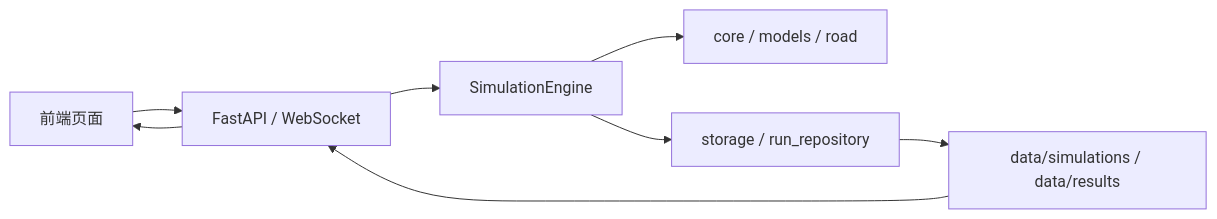
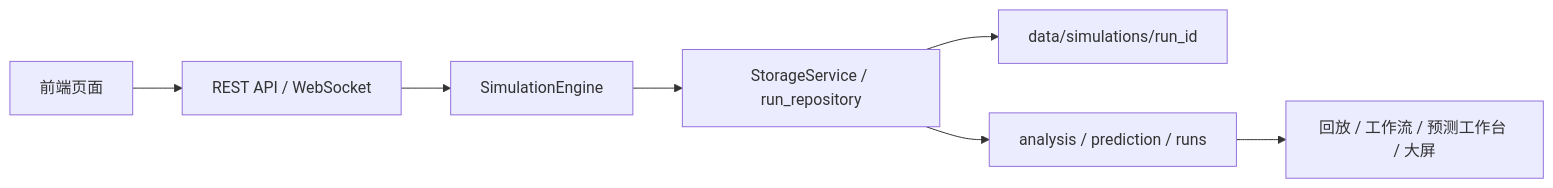
Before and after one commit to Tuzfucius/YULU_simulation: the diagram in docs/system_working_principles.md, drawn with Mermaid. The commit also changed other lines of this file, not shown here.

````diff
--- a/docs/system_working_principles.md
+++ b/docs/system_working_principles.md
@@ -39,10 +31,9 @@
 ```mermaid
 flowchart LR
-    UI["前端页面"] --> API["FastAPI / WebSocket"]
-    API --> ENG["SimulationEngine"]
-    ENG --> DOM["core / models / road"]
-    ENG --> STG["storage / run_repository"]
-    STG --> HIST["data/simulations / data/results"]
-    HIST --> API
-    API --> UI
+    A[前端页面] --> B[REST API / WebSocket]
+    B --> C[SimulationEngine]
+    C --> D[StorageService / run_repository]
+    D --> E[data/simulations/run_id]
+    D --> F[analysis / prediction / runs]
+    F --> G[回放 / 工作流 / 预测工作台 / 大屏]
 ```
````
